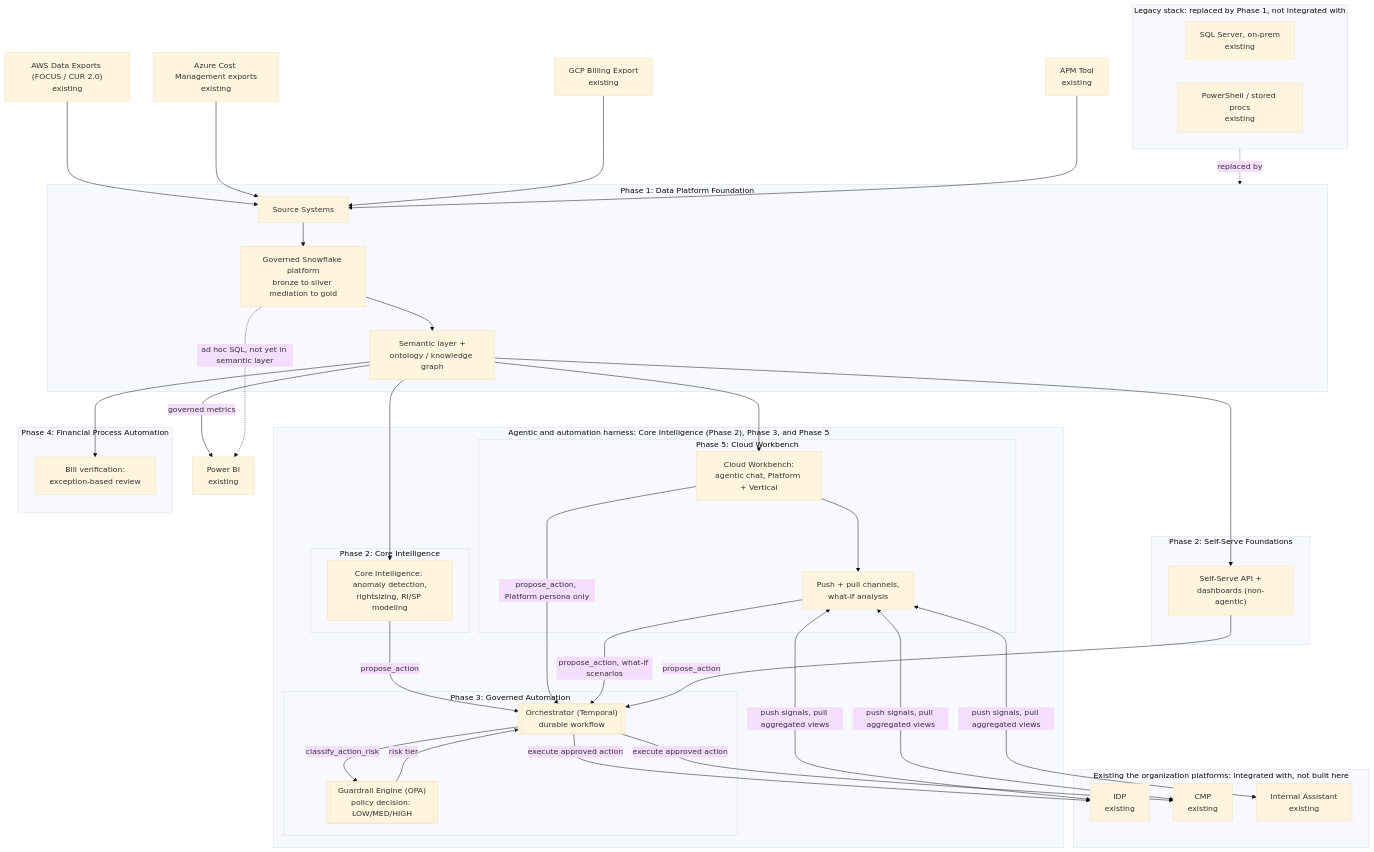
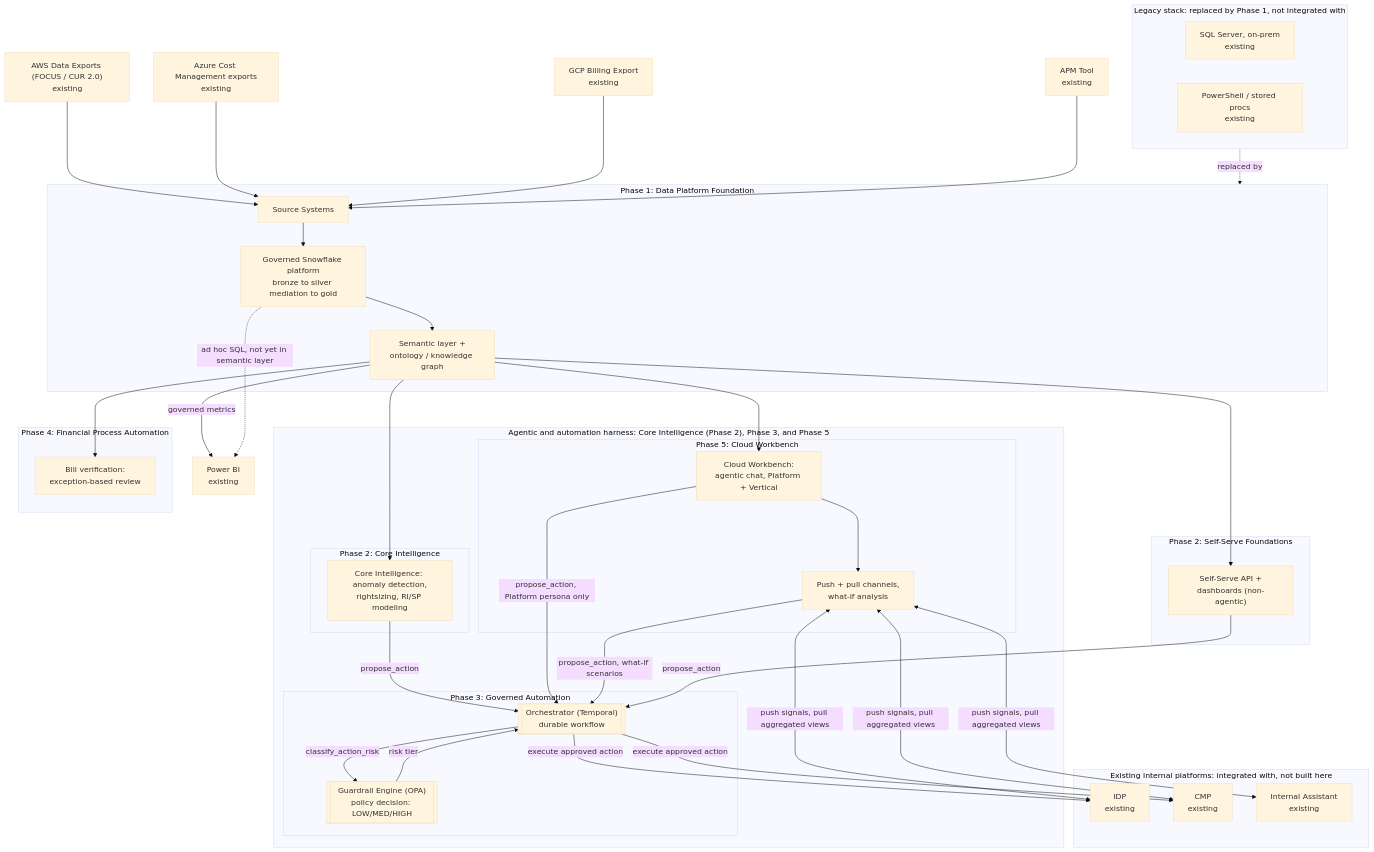
Before and after one commit to mbnest/finops-intelligence-platform: the diagram in docs/FinOps Solution Overview.md, drawn with Mermaid (base theme). The commit also changed other lines of this file and 21 other files, not shown here.

````diff
--- a/docs/FinOps Solution Overview.md
+++ b/docs/FinOps Solution Overview.md
@@ -70,66 +70,66 @@
 ```mermaid
 flowchart TD
     AWS["AWS Data Exports (FOCUS / CUR 2.0)<br/>existing"] --> SRC["Source Systems"]
     AZURE["Azure Cost Management exports<br/>existing"] --> SRC
     GCP["GCP Billing Export<br/>existing"] --> SRC
     APM["APM Tool<br/>existing"] --> SRC
 
     subgraph LEGACY["Legacy stack: replaced by Phase 1, not integrated with"]
         SQLSVR["SQL Server, on-prem<br/>existing"]
         PSPROC["PowerShell / stored procs<br/>existing"]
     end
     LEGACY -.->|replaced by| P1
 
     subgraph P1["Phase 1: Data Platform Foundation"]
         SRC --> LAKE["Governed Snowflake platform<br/>bronze to silver mediation to gold"]
         LAKE --> SEM["Semantic layer +<br/>ontology / knowledge graph"]
     end
 
     SEM -->|governed metrics| PBI["Power BI<br/>existing"]
     LAKE -.->|ad hoc SQL, not yet in semantic layer| PBI
 
     subgraph P2SS["Phase 2: Self-Serve Foundations"]
         SEM --> API["Self-Serve API +<br/>dashboards (non-agentic)"]
     end
 
     subgraph HARNESS["Agentic and automation harness: Core Intelligence (Phase 2), Phase 3, and Phase 5"]
         subgraph P2CI["Phase 2: Core Intelligence"]
             SEM --> MLOPS["Core Intelligence: anomaly detection,<br/>rightsizing, RI/SP modeling"]
         end
 
         subgraph P3["Phase 3: Governed Automation"]
             ORCH[["Orchestrator (Temporal)<br/>durable workflow"]]
             GUARD[["Guardrail Engine (OPA)<br/>policy decision: LOW/MED/HIGH"]]
             ORCH -->|classify_action_risk| GUARD
             GUARD -->|risk tier| ORCH
         end
 
         subgraph P5["Phase 5: Cloud Workbench"]
             SEM --> CW["Cloud Workbench:<br/>agentic chat, Platform + Vertical"]
             CW --> CWEXP["Push + pull channels,<br/>what-if analysis"]
         end
 
         MLOPS -->|propose_action| ORCH
         CW -->|propose_action, Platform persona only| ORCH
         CWEXP -->|propose_action, what-if scenarios| ORCH
     end
 
     API -->|propose_action| ORCH
 
-    subgraph EXIST["Existing the organization platforms: integrated with, not built here"]
+    subgraph EXIST["Existing internal platforms: integrated with, not built here"]
         IDP["IDP<br/>existing"]
         CMP["CMP<br/>existing"]
         CASST["Internal Assistant<br/>existing"]
     end
 
     ORCH -->|execute approved action| IDP
     ORCH -->|execute approved action| CMP
 
     subgraph P4["Phase 4: Financial Process Automation"]
         SEM --> BILL["Bill verification:<br/>exception-based review"]
     end
 
     CWEXP <-->|push signals, pull aggregated views| IDP
     CWEXP <-->|push signals, pull aggregated views| CMP
     CWEXP <-->|push signals, pull aggregated views| CASST
 ```
````
